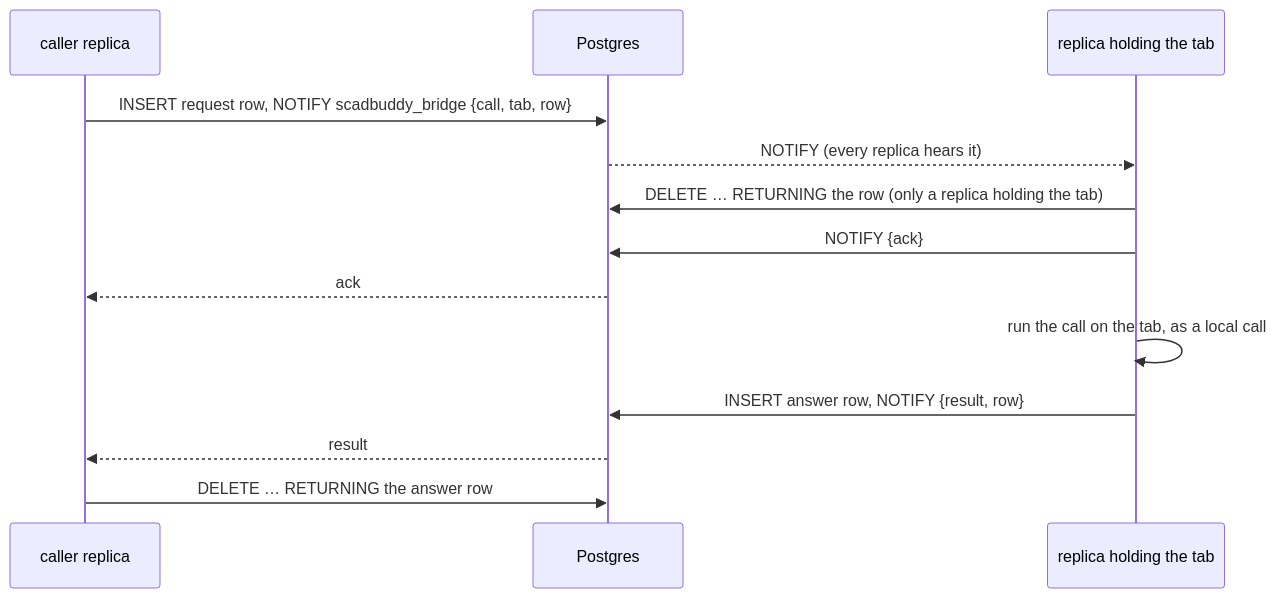
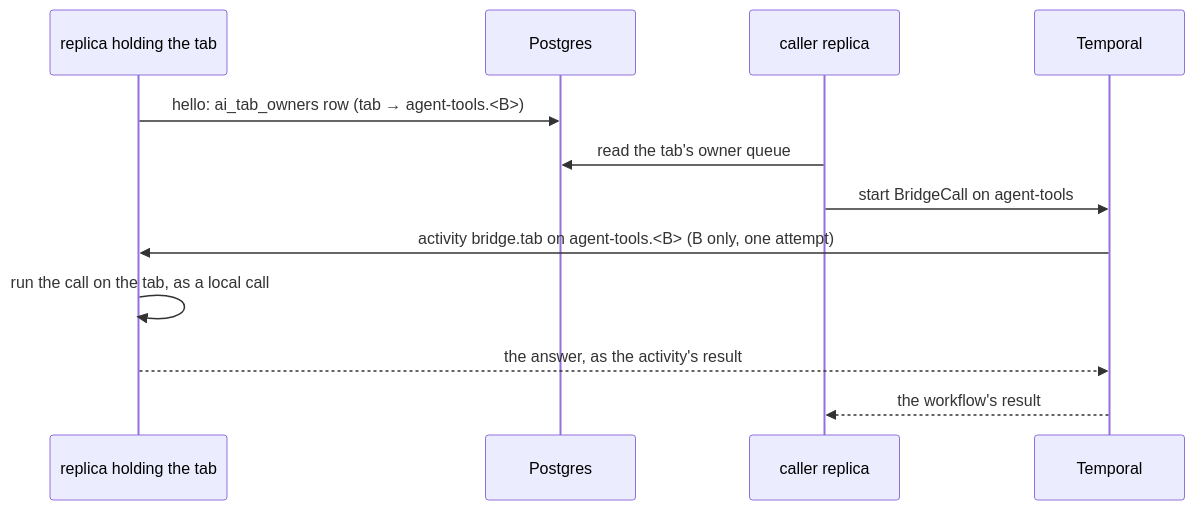
The diagram in docs/ai/browser-bridge.md (eh-homelab/ScadBuddy), drawn with Mermaid before and after one commit. The commit also changed other lines of this file and 18 other files, not shown here.

First line of the commit message:
refactor(agent): browser_* calls reach the tab's pod through Temporal

````diff
--- a/docs/ai/browser-bridge.md
+++ b/docs/ai/browser-bridge.md
@@ -330,15 +331,14 @@
 ```mermaid
 sequenceDiagram
+  participant B as replica holding the tab
+  participant PG as Postgres
   participant A as caller replica
-  participant PG as Postgres
-  participant B as replica holding the tab
-  A->>PG: INSERT request row, NOTIFY scadbuddy_bridge {call, tab, row}
-  PG-->>B: NOTIFY (every replica hears it)
-  B->>PG: DELETE … RETURNING the row (only a replica holding the tab)
-  B->>PG: NOTIFY {ack}
-  PG-->>A: ack
+  participant T as Temporal
+  B->>PG: hello: ai_tab_owners row (tab → agent-tools.<B>)
+  A->>PG: read the tab's owner queue
+  A->>T: start BridgeCall on agent-tools
+  T->>B: activity bridge.tab on agent-tools.<B> (B only, one attempt)
   B->>B: run the call on the tab, as a local call
-  B->>PG: INSERT answer row, NOTIFY {result, row}
-  PG-->>A: result
-  A->>PG: DELETE … RETURNING the answer row
+  B-->>T: the answer, as the activity's result
+  T-->>A: the workflow's result
 ```
````
